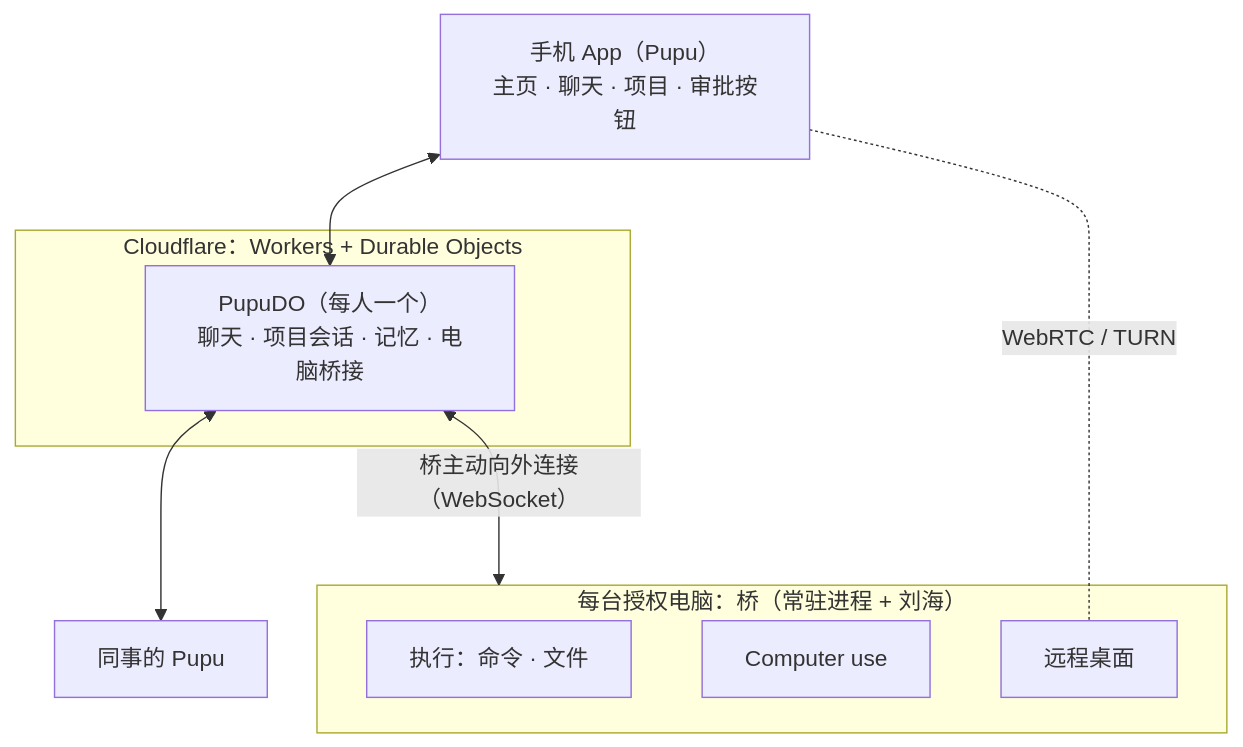
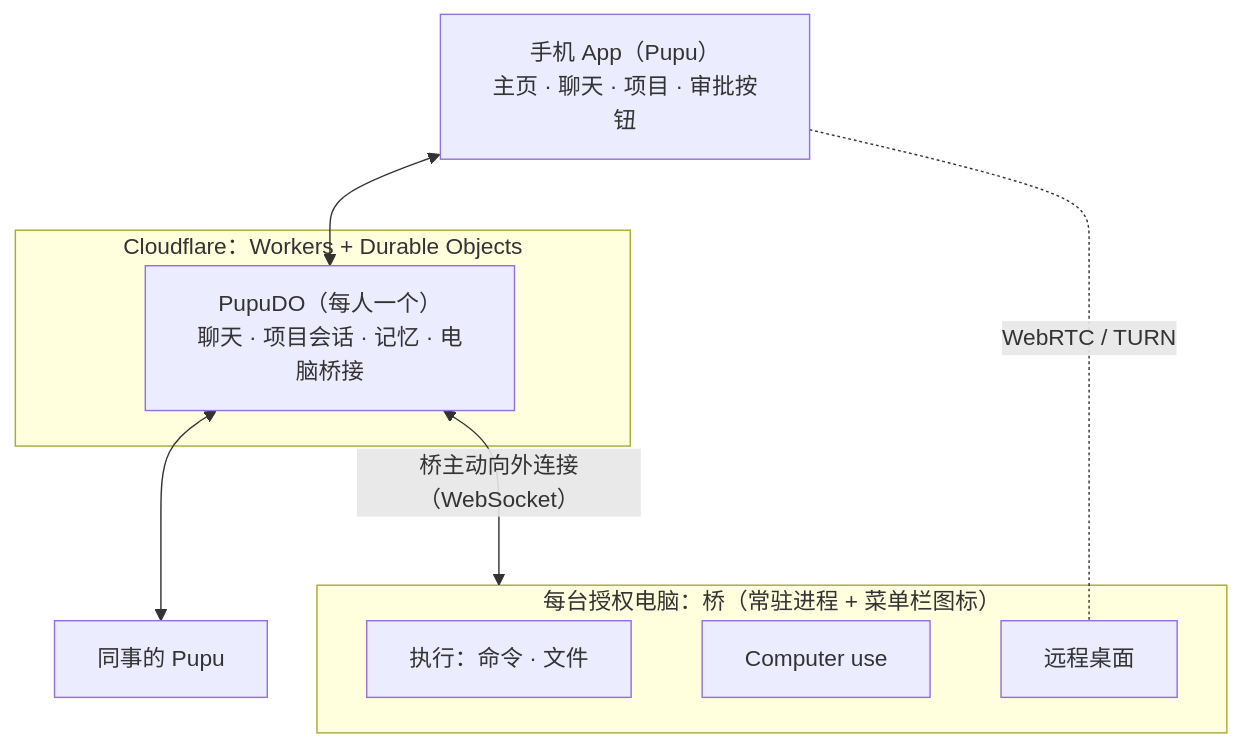
One commit to Hallalei/Pupu changed the diagram in docs/需求说明.md. Above: the diagram before and after it, drawn with Mermaid. The commit also changed other lines of this file and 30 other files, not shown here.

First line of the commit message:
电脑权限分级、手机审批和菜单栏图标

````diff
--- a/docs/需求说明.md
+++ b/docs/需求说明.md
@@ -130,18 +146,18 @@
 ```mermaid
 flowchart TB
   phone["手机 App（Pupu）<br/>主页 · 聊天 · 项目 · 审批按钮"]
   colleague["同事的 Pupu"]
   subgraph cf["Cloudflare：Workers + Durable Objects"]
     pupu["PupuDO（每人一个）<br/>聊天 · 项目会话 · 记忆 · 电脑桥接"]
   end
-  subgraph pc["每台授权电脑：桥（常驻进程 + 刘海）"]
+  subgraph pc["每台授权电脑：桥（常驻进程 + 菜单栏图标）"]
     exec["执行：命令 · 文件"]
     cu["Computer use"]
     rd["远程桌面"]
   end
 
   phone <--> pupu
   pupu <--> colleague
   pupu <-- "桥主动向外连接（WebSocket）" --> pc
   phone -. "WebRTC / TURN" .- rd
 ```
````
